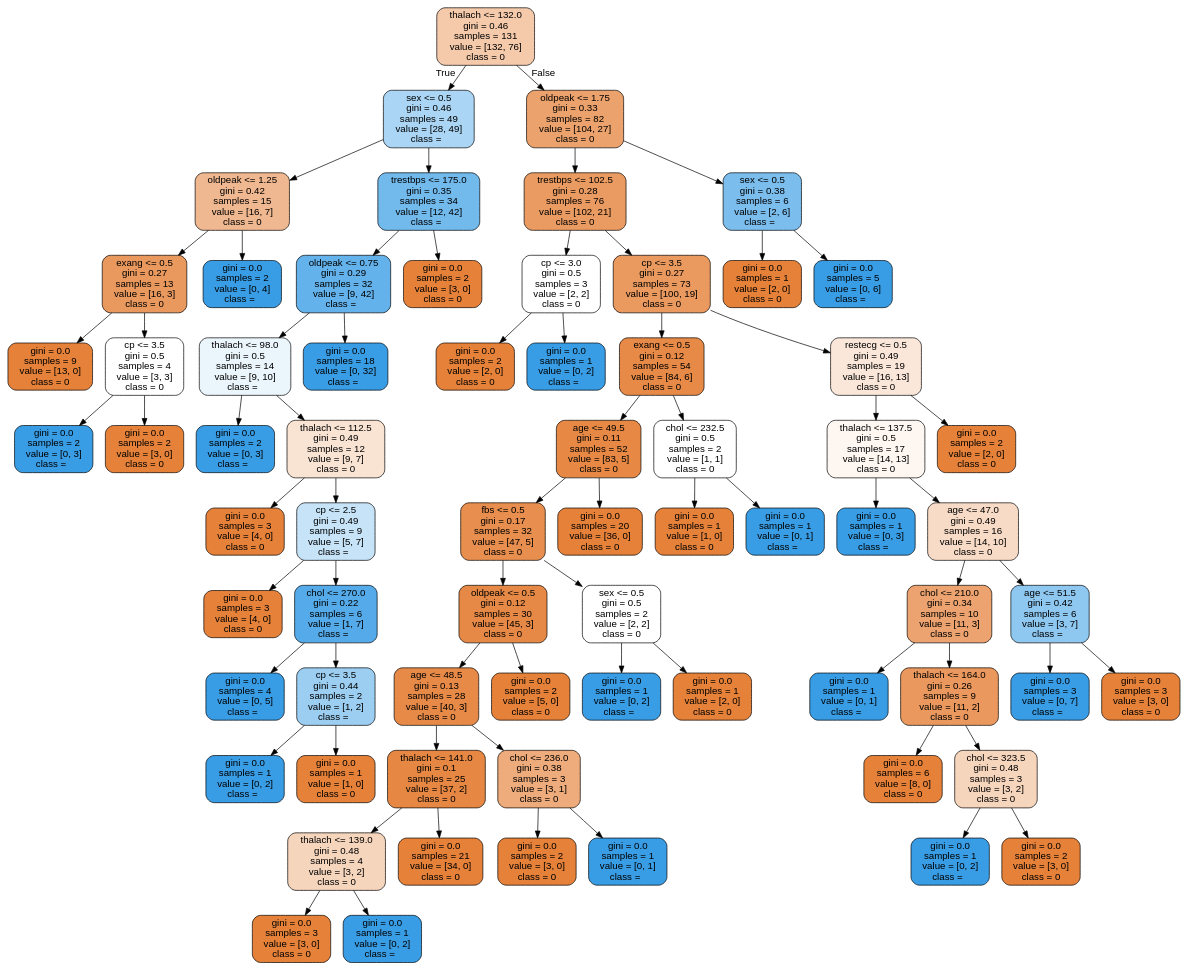
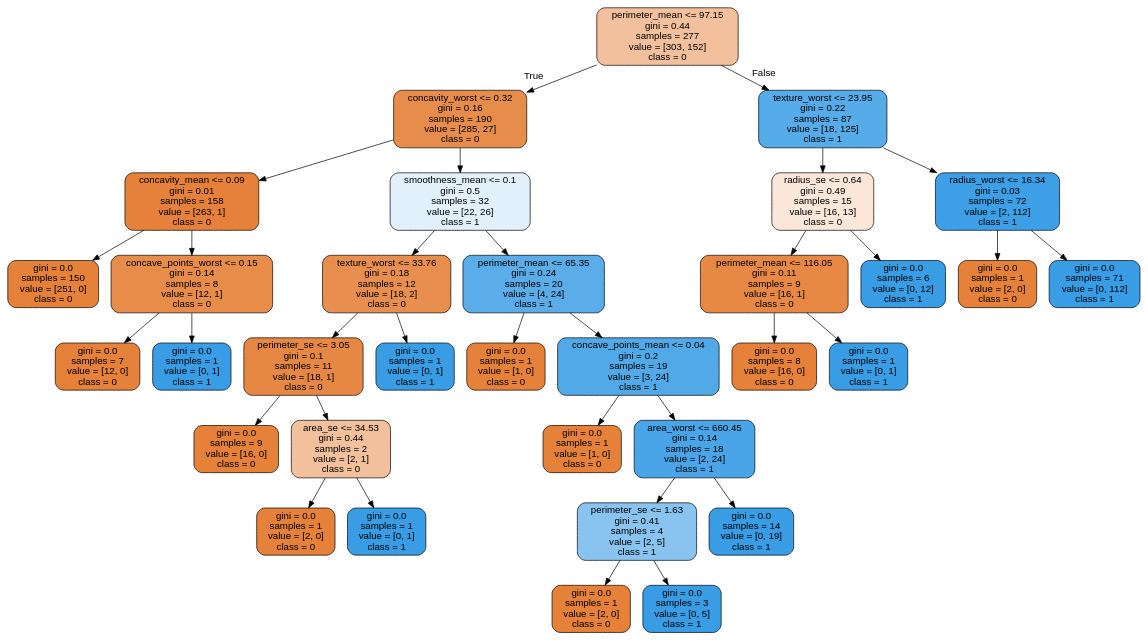
The diagram in data/breast-cancer/tree.dot (cyrilvincent/ML), drawn with Graphviz before and after one commit. The commit also changed 2 other files, not shown here.

```diff
--- a/data/breast-cancer/tree.dot
+++ b/data/breast-cancer/tree.dot
@@ -1,141 +1,69 @@
 digraph Tree {
 node [shape=box, style="filled, rounded", color="black", fontname="helvetica"] ;
 edge [fontname="helvetica"] ;
-0 [label="thalach <= 132.0\ngini = 0.46\nsamples = 131\nvalue = [132, 76]\nclass = 0", fillcolor="#f4caab"] ;
-1 [label="sex <= 0.5\ngini = 0.46\nsamples = 49\nvalue = [28, 49]\nclass =  ", fillcolor="#aad5f4"] ;
+0 [label="perimeter_mean <= 97.15\ngini = 0.44\nsamples = 277\nvalue = [303, 152]\nclass = 0", fillcolor="#f2c09c"] ;
+1 [label="concavity_worst <= 0.32\ngini = 0.16\nsamples = 190\nvalue = [285, 27]\nclass = 0", fillcolor="#e78d4c"] ;
 0 -> 1 [labeldistance=2.5, labelangle=45, headlabel="True"] ;
-2 [label="oldpeak <= 1.25\ngini = 0.42\nsamples = 15\nvalue = [16, 7]\nclass = 0", fillcolor="#f0b890"] ;
+2 [label="concavity_mean <= 0.09\ngini = 0.01\nsamples = 158\nvalue = [263, 1]\nclass = 0", fillcolor="#e5813a"] ;
 1 -> 2 ;
-3 [label="exang <= 0.5\ngini = 0.27\nsamples = 13\nvalue = [16, 3]\nclass = 0", fillcolor="#ea995e"] ;
+3 [label="gini = 0.0\nsamples = 150\nvalue = [251, 0]\nclass = 0", fillcolor="#e58139"] ;
 2 -> 3 ;
-4 [label="gini = 0.0\nsamples = 9\nvalue = [13, 0]\nclass = 0", fillcolor="#e58139"] ;
-3 -> 4 ;
-5 [label="cp <= 3.5\ngini = 0.5\nsamples = 4\nvalue = [3, 3]\nclass = 0", fillcolor="#ffffff"] ;
-3 -> 5 ;
-6 [label="gini = 0.0\nsamples = 2\nvalue = [0, 3]\nclass =  ", fillcolor="#399de5"] ;
-5 -> 6 ;
-7 [label="gini = 0.0\nsamples = 2\nvalue = [3, 0]\nclass = 0", fillcolor="#e58139"] ;
-5 -> 7 ;
-8 [label="gini = 0.0\nsamples = 2\nvalue = [0, 4]\nclass =  ", fillcolor="#399de5"] ;
-2 -> 8 ;
-9 [label="trestbps <= 175.0\ngini = 0.35\nsamples = 34\nvalue = [12, 42]\nclass =  ", fillcolor="#72b9ec"] ;
-1 -> 9 ;
-10 [label="oldpeak <= 0.75\ngini = 0.29\nsamples = 32\nvalue = [9, 42]\nclass =  ", fillcolor="#63b2eb"] ;
+4 [label="concave_points_worst <= 0.15\ngini = 0.14\nsamples = 8\nvalue = [12, 1]\nclass = 0", fillcolor="#e78c49"] ;
+2 -> 4 ;
+5 [label="gini = 0.0\nsamples = 7\nvalue = [12, 0]\nclass = 0", fillcolor="#e58139"] ;
+4 -> 5 ;
+6 [label="gini = 0.0\nsamples = 1\nvalue = [0, 1]\nclass = 1", fillcolor="#399de5"] ;
+4 -> 6 ;
+7 [label="smoothness_mean <= 0.1\ngini = 0.5\nsamples = 32\nvalue = [22, 26]\nclass = 1", fillcolor="#e1f0fb"] ;
+1 -> 7 ;
+8 [label="texture_worst <= 33.76\ngini = 0.18\nsamples = 12\nvalue = [18, 2]\nclass = 0", fillcolor="#e88f4f"] ;
+7 -> 8 ;
+9 [label="perimeter_se <= 3.05\ngini = 0.1\nsamples = 11\nvalue = [18, 1]\nclass = 0", fillcolor="#e68844"] ;
+8 -> 9 ;
+10 [label="gini = 0.0\nsamples = 9\nvalue = [16, 0]\nclass = 0", fillcolor="#e58139"] ;
 9 -> 10 ;
-11 [label="thalach <= 98.0\ngini = 0.5\nsamples = 14\nvalue = [9, 10]\nclass =  ", fillcolor="#ebf5fc"] ;
-10 -> 11 ;
-12 [label="gini = 0.0\nsamples = 2\nvalue = [0, 3]\nclass =  ", fillcolor="#399de5"] ;
+11 [label="area_se <= 34.53\ngini = 0.44\nsamples = 2\nvalue = [2, 1]\nclass = 0", fillcolor="#f2c09c"] ;
+9 -> 11 ;
+12 [label="gini = 0.0\nsamples = 1\nvalue = [2, 0]\nclass = 0", fillcolor="#e58139"] ;
 11 -> 12 ;
-13 [label="thalach <= 112.5\ngini = 0.49\nsamples = 12\nvalue = [9, 7]\nclass = 0", fillcolor="#f9e3d3"] ;
+13 [label="gini = 0.0\nsamples = 1\nvalue = [0, 1]\nclass = 1", fillcolor="#399de5"] ;
 11 -> 13 ;
-14 [label="gini = 0.0\nsamples = 3\nvalue = [4, 0]\nclass = 0", fillcolor="#e58139"] ;
-13 -> 14 ;
-15 [label="cp <= 2.5\ngini = 0.49\nsamples = 9\nvalue = [5, 7]\nclass =  ", fillcolor="#c6e3f8"] ;
-13 -> 15 ;
-16 [label="gini = 0.0\nsamples = 3\nvalue = [4, 0]\nclass = 0", fillcolor="#e58139"] ;
+14 [label="gini = 0.0\nsamples = 1\nvalue = [0, 1]\nclass = 1", fillcolor="#399de5"] ;
+8 -> 14 ;
+15 [label="perimeter_mean <= 65.35\ngini = 0.24\nsamples = 20\nvalue = [4, 24]\nclass = 1", fillcolor="#5aade9"] ;
+7 -> 15 ;
+16 [label="gini = 0.0\nsamples = 1\nvalue = [1, 0]\nclass = 0", fillcolor="#e58139"] ;
 15 -> 16 ;
-17 [label="chol <= 270.0\ngini = 0.22\nsamples = 6\nvalue = [1, 7]\nclass =  ", fillcolor="#55abe9"] ;
+17 [label="concave_points_mean <= 0.04\ngini = 0.2\nsamples = 19\nvalue = [3, 24]\nclass = 1", fillcolor="#52a9e8"] ;
 15 -> 17 ;
-18 [label="gini = 0.0\nsamples = 4\nvalue = [0, 5]\nclass =  ", fillcolor="#399de5"] ;
+18 [label="gini = 0.0\nsamples = 1\nvalue = [1, 0]\nclass = 0", fillcolor="#e58139"] ;
 17 -> 18 ;
-19 [label="cp <= 3.5\ngini = 0.44\nsamples = 2\nvalue = [1, 2]\nclass =  ", fillcolor="#9ccef2"] ;
+19 [label="area_worst <= 660.45\ngini = 0.14\nsamples = 18\nvalue = [2, 24]\nclass = 1", fillcolor="#49a5e7"] ;
 17 -> 19 ;
-20 [label="gini = 0.0\nsamples = 1\nvalue = [0, 2]\nclass =  ", fillcolor="#399de5"] ;
+20 [label="perimeter_se <= 1.63\ngini = 0.41\nsamples = 4\nvalue = [2, 5]\nclass = 1", fillcolor="#88c4ef"] ;
 19 -> 20 ;
-21 [label="gini = 0.0\nsamples = 1\nvalue = [1, 0]\nclass = 0", fillcolor="#e58139"] ;
-19 -> 21 ;
-22 [label="gini = 0.0\nsamples = 18\nvalue = [0, 32]\nclass =  ", fillcolor="#399de5"] ;
-10 -> 22 ;
-23 [label="gini = 0.0\nsamples = 2\nvalue = [3, 0]\nclass = 0", fillcolor="#e58139"] ;
-9 -> 23 ;
-24 [label="oldpeak <= 1.75\ngini = 0.33\nsamples = 82\nvalue = [104, 27]\nclass = 0", fillcolor="#eca26c"] ;
+21 [label="gini = 0.0\nsamples = 1\nvalue = [2, 0]\nclass = 0", fillcolor="#e58139"] ;
+20 -> 21 ;
+22 [label="gini = 0.0\nsamples = 3\nvalue = [0, 5]\nclass = 1", fillcolor="#399de5"] ;
+20 -> 22 ;
+23 [label="gini = 0.0\nsamples = 14\nvalue = [0, 19]\nclass = 1", fillcolor="#399de5"] ;
+19 -> 23 ;
+24 [label="texture_worst <= 23.95\ngini = 0.22\nsamples = 87\nvalue = [18, 125]\nclass = 1", fillcolor="#56abe9"] ;
 0 -> 24 [labeldistance=2.5, labelangle=-45, headlabel="False"] ;
-25 [label="trestbps <= 102.5\ngini = 0.28\nsamples = 76\nvalue = [102, 21]\nclass = 0", fillcolor="#ea9b62"] ;
+25 [label="radius_se <= 0.64\ngini = 0.49\nsamples = 15\nvalue = [16, 13]\nclass = 0", fillcolor="#fae7da"] ;
 24 -> 25 ;
-26 [label="cp <= 3.0\ngini = 0.5\nsamples = 3\nvalue = [2, 2]\nclass = 0", fillcolor="#ffffff"] ;
+26 [label="perimeter_mean <= 116.05\ngini = 0.11\nsamples = 9\nvalue = [16, 1]\nclass = 0", fillcolor="#e78945"] ;
 25 -> 26 ;
-27 [label="gini = 0.0\nsamples = 2\nvalue = [2, 0]\nclass = 0", fillcolor="#e58139"] ;
+27 [label="gini = 0.0\nsamples = 8\nvalue = [16, 0]\nclass = 0", fillcolor="#e58139"] ;
 26 -> 27 ;
-28 [label="gini = 0.0\nsamples = 1\nvalue = [0, 2]\nclass =  ", fillcolor="#399de5"] ;
+28 [label="gini = 0.0\nsamples = 1\nvalue = [0, 1]\nclass = 1", fillcolor="#399de5"] ;
 26 -> 28 ;
-29 [label="cp <= 3.5\ngini = 0.27\nsamples = 73\nvalue = [100, 19]\nclass = 0", fillcolor="#ea995f"] ;
+29 [label="gini = 0.0\nsamples = 6\nvalue = [0, 12]\nclass = 1", fillcolor="#399de5"] ;
 25 -> 29 ;
-30 [label="exang <= 0.5\ngini = 0.12\nsamples = 54\nvalue = [84, 6]\nclass = 0", fillcolor="#e78a47"] ;
-29 -> 30 ;
-31 [label="age <= 49.5\ngini = 0.11\nsamples = 52\nvalue = [83, 5]\nclass = 0", fillcolor="#e78945"] ;
+30 [label="radius_worst <= 16.34\ngini = 0.03\nsamples = 72\nvalue = [2, 112]\nclass = 1", fillcolor="#3d9fe5"] ;
+24 -> 30 ;
+31 [label="gini = 0.0\nsamples = 1\nvalue = [2, 0]\nclass = 0", fillcolor="#e58139"] ;
 30 -> 31 ;
-32 [label="fbs <= 0.5\ngini = 0.17\nsamples = 32\nvalue = [47, 5]\nclass = 0", fillcolor="#e88e4e"] ;
-31 -> 32 ;
-33 [label="oldpeak <= 0.5\ngini = 0.12\nsamples = 30\nvalue = [45, 3]\nclass = 0", fillcolor="#e78946"] ;
-32 -> 33 ;
-34 [label="age <= 48.5\ngini = 0.13\nsamples = 28\nvalue = [40, 3]\nclass = 0", fillcolor="#e78a48"] ;
-33 -> 34 ;
-35 [label="thalach <= 141.0\ngini = 0.1\nsamples = 25\nvalue = [37, 2]\nclass = 0", fillcolor="#e68844"] ;
-34 -> 35 ;
-36 [label="thalach <= 139.0\ngini = 0.48\nsamples = 4\nvalue = [3, 2]\nclass = 0", fillcolor="#f6d5bd"] ;
-35 -> 36 ;
-37 [label="gini = 0.0\nsamples = 3\nvalue = [3, 0]\nclass = 0", fillcolor="#e58139"] ;
-36 -> 37 ;
-38 [label="gini = 0.0\nsamples = 1\nvalue = [0, 2]\nclass =  ", fillcolor="#399de5"] ;
-36 -> 38 ;
-39 [label="gini = 0.0\nsamples = 21\nvalue = [34, 0]\nclass = 0", fillcolor="#e58139"] ;
-35 -> 39 ;
-40 [label="chol <= 236.0\ngini = 0.38\nsamples = 3\nvalue = [3, 1]\nclass = 0", fillcolor="#eeab7b"] ;
-34 -> 40 ;
-41 [label="gini = 0.0\nsamples = 2\nvalue = [3, 0]\nclass = 0", fillcolor="#e58139"] ;
-40 -> 41 ;
-42 [label="gini = 0.0\nsamples = 1\nvalue = [0, 1]\nclass =  ", fillcolor="#399de5"] ;
-40 -> 42 ;
-43 [label="gini = 0.0\nsamples = 2\nvalue = [5, 0]\nclass = 0", fillcolor="#e58139"] ;
-33 -> 43 ;
-44 [label="sex <= 0.5\ngini = 0.5\nsamples = 2\nvalue = [2, 2]\nclass = 0", fillcolor="#ffffff"] ;
-32 -> 44 ;
-45 [label="gini = 0.0\nsamples = 1\nvalue = [0, 2]\nclass =  ", fillcolor="#399de5"] ;
-44 -> 45 ;
-46 [label="gini = 0.0\nsamples = 1\nvalue = [2, 0]\nclass = 0", fillcolor="#e58139"] ;
-44 -> 46 ;
-47 [label="gini = 0.0\nsamples = 20\nvalue = [36, 0]\nclass = 0", fillcolor="#e58139"] ;
-31 -> 47 ;
-48 [label="chol <= 232.5\ngini = 0.5\nsamples = 2\nvalue = [1, 1]\nclass = 0", fillcolor="#ffffff"] ;
-30 -> 48 ;
-49 [label="gini = 0.0\nsamples = 1\nvalue = [1, 0]\nclass = 0", fillcolor="#e58139"] ;
-48 -> 49 ;
-50 [label="gini = 0.0\nsamples = 1\nvalue = [0, 1]\nclass =  ", fillcolor="#399de5"] ;
-48 -> 50 ;
-51 [label="restecg <= 0.5\ngini = 0.49\nsamples = 19\nvalue = [16, 13]\nclass = 0", fillcolor="#fae7da"] ;
-29 -> 51 ;
-52 [label="thalach <= 137.5\ngini = 0.5\nsamples = 17\nvalue = [14, 13]\nclass = 0", fillcolor="#fdf6f1"] ;
-51 -> 52 ;
-53 [label="gini = 0.0\nsamples = 1\nvalue = [0, 3]\nclass =  ", fillcolor="#399de5"] ;
-52 -> 53 ;
-54 [label="age <= 47.0\ngini = 0.49\nsamples = 16\nvalue = [14, 10]\nclass = 0", fillcolor="#f8dbc6"] ;
-52 -> 54 ;
-55 [label="chol <= 210.0\ngini = 0.34\nsamples = 10\nvalue = [11, 3]\nclass = 0", fillcolor="#eca36f"] ;
-54 -> 55 ;
-56 [label="gini = 0.0\nsamples = 1\nvalue = [0, 1]\nclass =  ", fillcolor="#399de5"] ;
-55 -> 56 ;
-57 [label="thalach <= 164.0\ngini = 0.26\nsamples = 9\nvalue = [11, 2]\nclass = 0", fillcolor="#ea985d"] ;
-55 -> 57 ;
-58 [label="gini = 0.0\nsamples = 6\nvalue = [8, 0]\nclass = 0", fillcolor="#e58139"] ;
-57 -> 58 ;
-59 [label="chol <= 323.5\ngini = 0.48\nsamples = 3\nvalue = [3, 2]\nclass = 0", fillcolor="#f6d5bd"] ;
-57 -> 59 ;
-60 [label="gini = 0.0\nsamples = 1\nvalue = [0, 2]\nclass =  ", fillcolor="#399de5"] ;
-59 -> 60 ;
-61 [label="gini = 0.0\nsamples = 2\nvalue = [3, 0]\nclass = 0", fillcolor="#e58139"] ;
-59 -> 61 ;
-62 [label="age <= 51.5\ngini = 0.42\nsamples = 6\nvalue = [3, 7]\nclass =  ", fillcolor="#8ec7f0"] ;
-54 -> 62 ;
-63 [label="gini = 0.0\nsamples = 3\nvalue = [0, 7]\nclass =  ", fillcolor="#399de5"] ;
-62 -> 63 ;
-64 [label="gini = 0.0\nsamples = 3\nvalue = [3, 0]\nclass = 0", fillcolor="#e58139"] ;
-62 -> 64 ;
-65 [label="gini = 0.0\nsamples = 2\nvalue = [2, 0]\nclass = 0", fillcolor="#e58139"] ;
-51 -> 65 ;
-66 [label="sex <= 0.5\ngini = 0.38\nsamples = 6\nvalue = [2, 6]\nclass =  ", fillcolor="#7bbeee"] ;
-24 -> 66 ;
-67 [label="gini = 0.0\nsamples = 1\nvalue = [2, 0]\nclass = 0", fillcolor="#e58139"] ;
-66 -> 67 ;
-68 [label="gini = 0.0\nsamples = 5\nvalue = [0, 6]\nclass =  ", fillcolor="#399de5"] ;
-66 -> 68 ;
+32 [label="gini = 0.0\nsamples = 71\nvalue = [0, 112]\nclass = 1", fillcolor="#399de5"] ;
+30 -> 32 ;
 }
```
